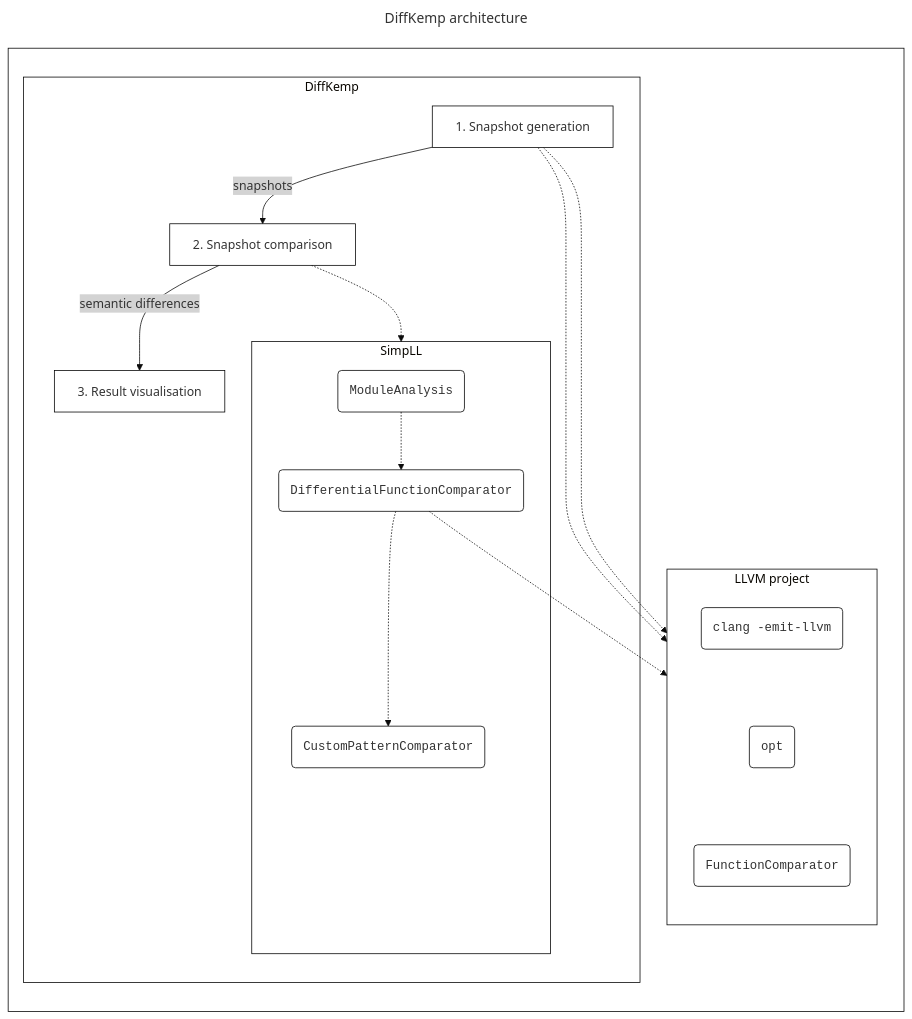
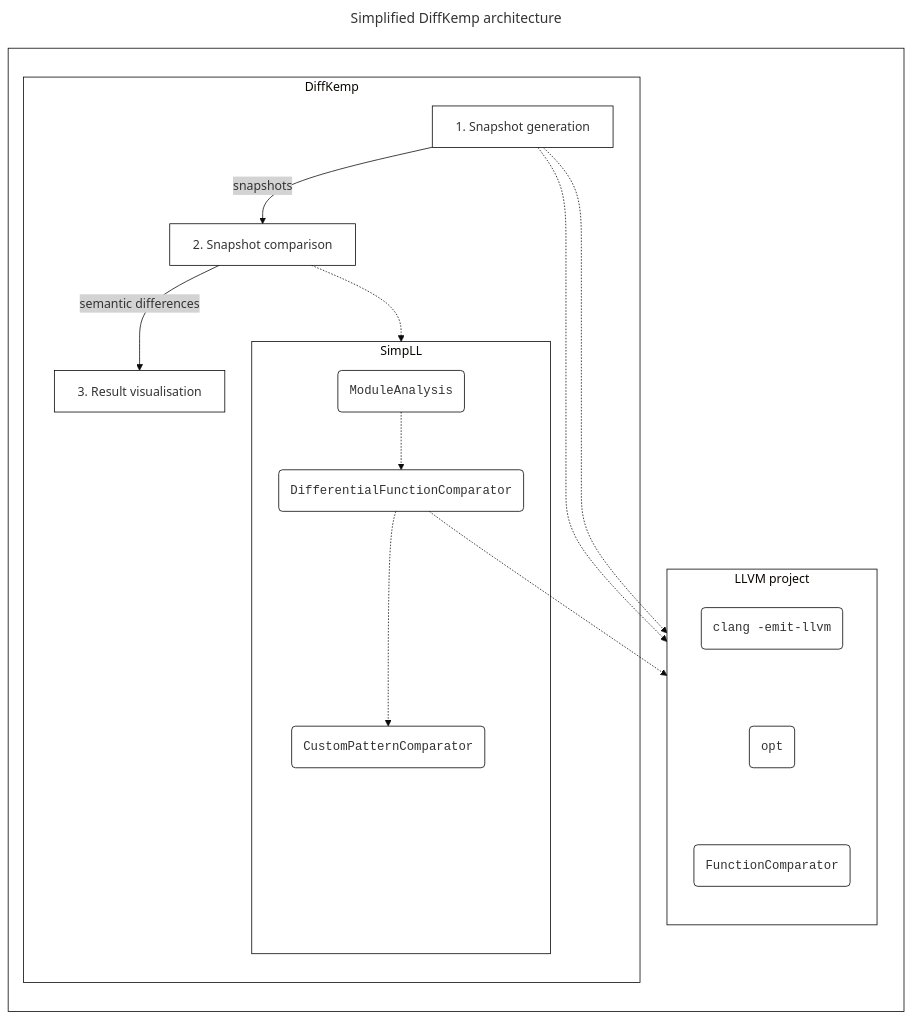
Before and after one commit to PLukas2018/diffkemp: the first of 9 diagrams in docs/architecture.md, drawn with Mermaid. The commit also changed other lines of this file, not shown here.

````diff
--- a/docs/architecture.md
+++ b/docs/architecture.md
@@ -3,45 +3,45 @@
 ```mermaid
 ---
 # This code renders an image, that does not show on the GitHub app, use a browser
 # to see the image.
-title: DiffKemp architecture
+title: Simplified DiffKemp architecture
 config:
   theme: base
   themeVariables:
     nodeBorder: black
     mainBkg: white
     clusterBkg: white
     clusterBorder: black
     edgeLabelBackground: lightgrey
 ---
 flowchart LR
 subgraph G[" "]
   subgraph dk["DiffKemp"]
     sg -- "snapshots" --> sc -- "semantic differences" --> rv
     sg["1. Snapshot generation"]
     sc["2. Snapshot comparison"]
     rv["3. Result visualisation"]
     subgraph simpll["SimpLL"]
       ma("ModuleAnalysis")
       dfc("DifferentialFunctionComparator")
       cc("CustomPatternComparator")
       ma -.-> dfc -.-> cc
     end
   end
   subgraph llvm["LLVM project"]
     direction TB
     clang("clang -emit-llvm")
     opt("opt")
     fc("FunctionComparator")
     %% invisible edges helps top to bottom orientation
     clang ~~~ opt ~~~ fc
   end
   sg -.-> clang
   sg -.-> opt
   sc -.-> simpll
   dfc -.-> fc
 end
 %% style
 classDef mono font-family:monospace
 class ma,dfc,fc,cc,clang,opt mono
 ```
````
